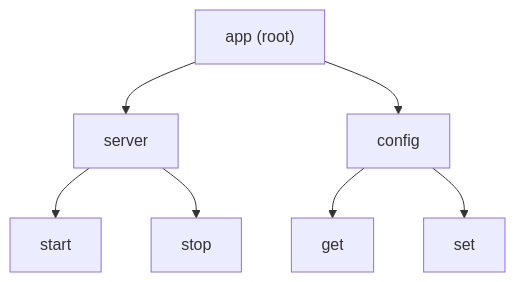
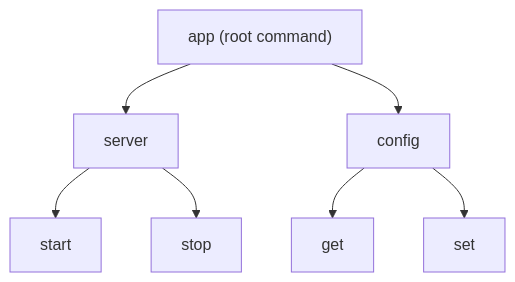
One commit to KeunwooPark/cluedoc changed the first of 4 diagrams in docs/examples/cobra/.cluedoc/command-tree/README.md. Above: the diagram before and after it, drawn with Mermaid. The commit also changed other lines of this file and 22 other files, not shown here.

````diff
--- a/docs/examples/cobra/.cluedoc/command-tree/README.md
+++ b/docs/examples/cobra/.cluedoc/command-tree/README.md
@@ -9,10 +9,10 @@
 ```mermaid
 flowchart TD
-    R["app (root)"]
+    R["app (root command)"]
     R --> A["server"]
     R --> B["config"]
     A --> A1["start"]
     A --> A2["stop"]
     B --> B1["get"]
     B --> B2["set"]
 ```
````
